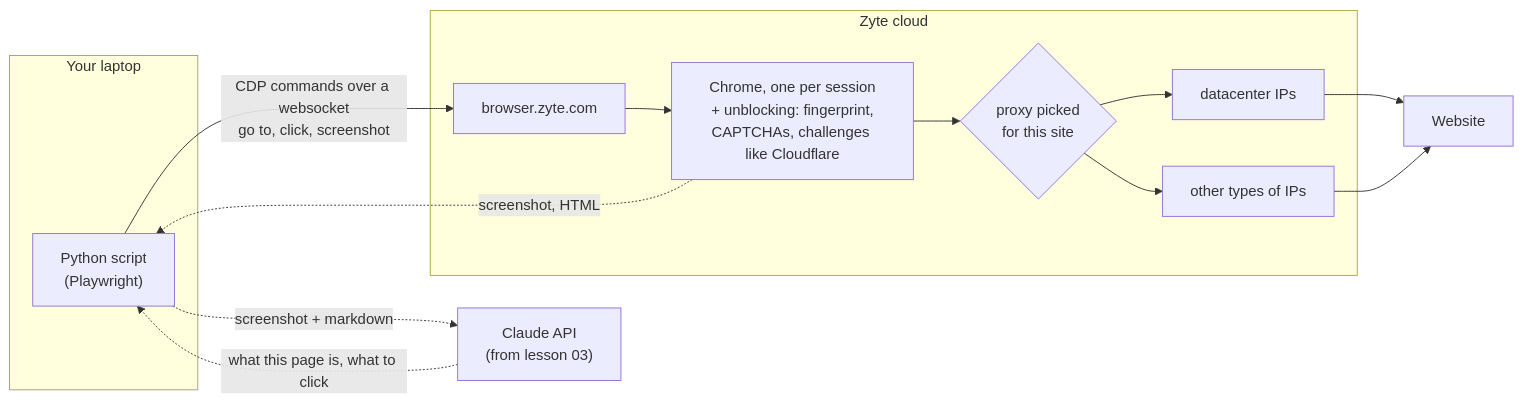
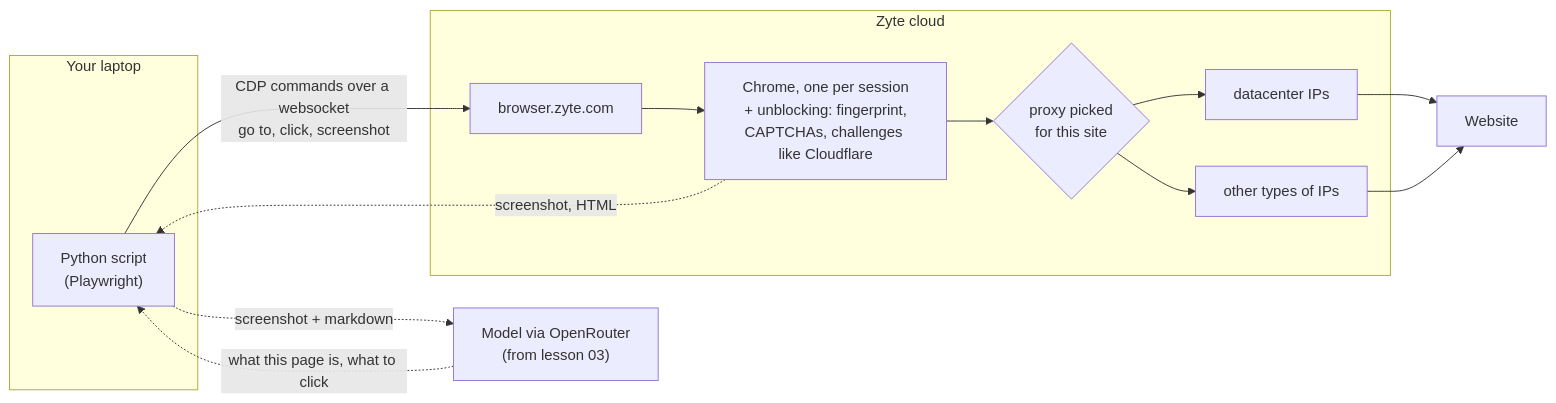
Before and after one commit to zytedata/extract-summit-26-browser-workshop: the first of 2 diagrams in lessons/01-first-session/README.md, drawn with Mermaid. The commit also changed other lines of this file and 11 other files, not shown here.

````diff
--- a/lessons/01-first-session/README.md
+++ b/lessons/01-first-session/README.md
@@ -11,24 +11,24 @@
 ```mermaid
 flowchart LR
   subgraph laptop["Your laptop"]
     script["Python script<br/>(Playwright)"]
   end
   subgraph zyte["Zyte cloud"]
     gw["browser.zyte.com"]
     chrome["Chrome, one per session<br/>+ unblocking: fingerprint,<br/>CAPTCHAs, challenges like Cloudflare"]
     pick{"proxy picked<br/>for this site"}
     dc["datacenter IPs"]
     res["other types of IPs"]
   end
   site["Website"]
-  claude["Claude API<br/>(from lesson 03)"]
+  llm["Model via OpenRouter<br/>(from lesson 03)"]
 
   script -- "CDP commands over a websocket<br/>go to, click, screenshot" --> gw
   gw --> chrome
   chrome --> pick
   pick --> dc --> site
   pick --> res --> site
   chrome -. "screenshot, HTML" .-> script
-  script -. "screenshot + markdown" .-> claude
-  claude -. "what this page is, what to click" .-> script
+  script -. "screenshot + markdown" .-> llm
+  llm -. "what this page is, what to click" .-> script
 ```
````
